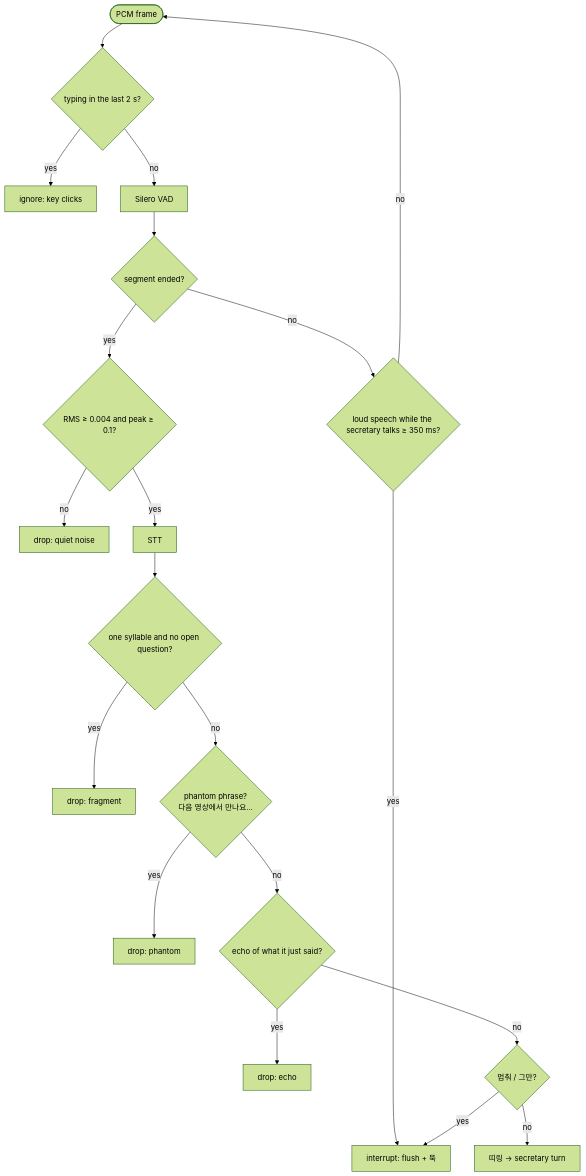
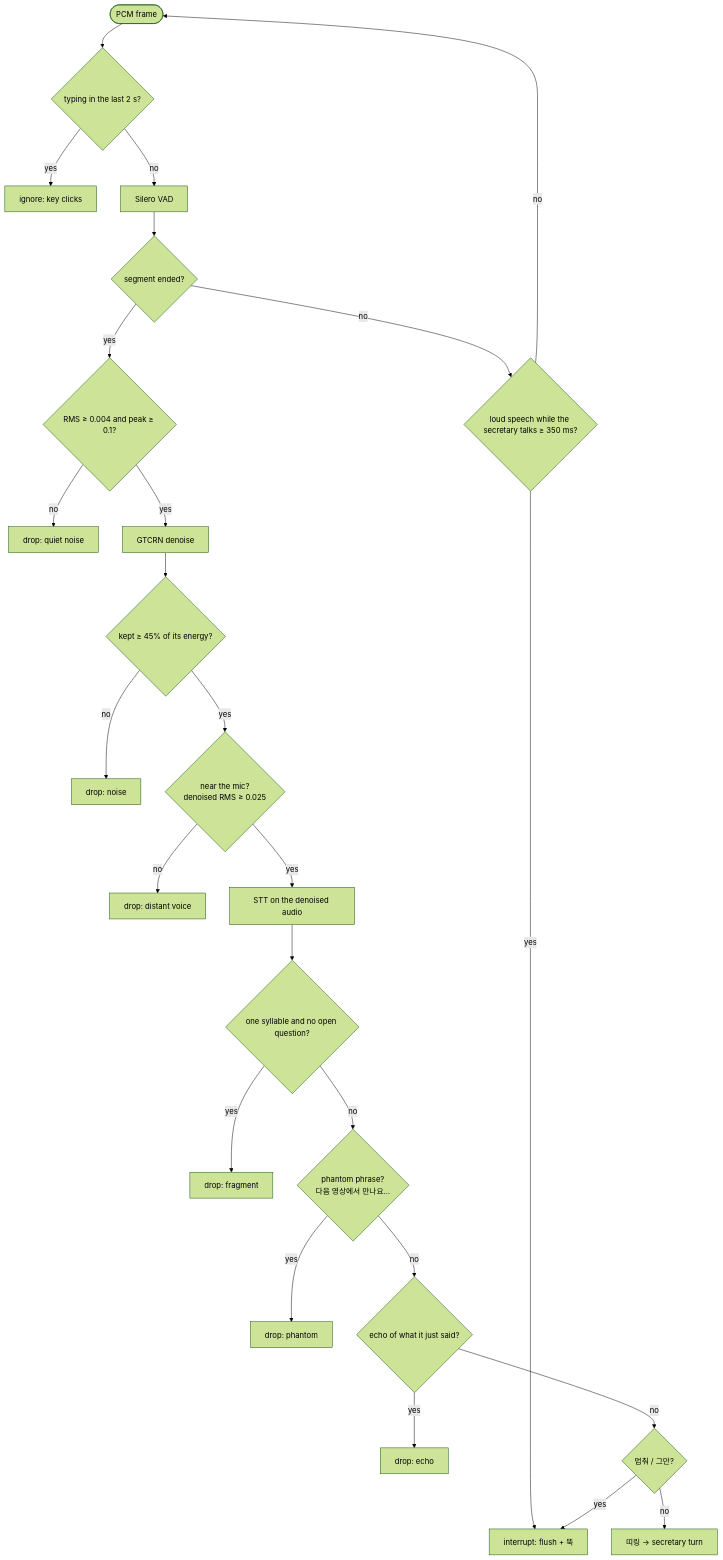
The tenth of 11 diagrams in docs/voice-architecture.md (baryonlabs/baryon-ax), drawn with Mermaid (forest theme) before and after one commit. The commit also changed other lines of this file and 9 other files, not shown here.

First line of the commit message:
feat(voice): hear only the caller's voice; denoise before STT; app filter setting (#93)

````diff
--- a/docs/voice-architecture.md
+++ b/docs/voice-architecture.md
@@ -286,22 +286,27 @@
 ```mermaid
 flowchart TD
     A([PCM frame]) --> B{typing in the last 2 s?}
     B -- yes --> X1[ignore: key clicks]
     B -- no --> C[Silero VAD]
     C --> D{segment ended?}
     D -- no --> E{loud speech while the secretary talks ≥ 350 ms?}
     E -- yes --> I[interrupt: flush + 뚝]
     E -- no --> A
     D -- yes --> F{RMS ≥ 0.004 and peak ≥ 0.1?}
     F -- no --> X2[drop: quiet noise]
-    F -- yes --> G[STT]
+    F -- yes --> V[GTCRN denoise]
+    V --> W{kept ≥ 45% of its energy?}
+    W -- no --> X6[drop: noise]
+    W -- yes --> Y{near the mic?<br/>denoised RMS ≥ 0.025}
+    Y -- no --> X7[drop: distant voice]
+    Y -- yes --> G[STT on the denoised audio]
     G --> H{one syllable and no open question?}
     H -- yes --> X3[drop: fragment]
     H -- no --> J{phantom phrase?<br/>다음 영상에서 만나요…}
     J -- yes --> X4[drop: phantom]
     J -- no --> K{echo of what it just said?}
     K -- yes --> X5[drop: echo]
     K -- no --> L{멈춰 / 그만?}
     L -- yes --> I
     L -- no --> M[띠링 → secretary turn]
 ```
````
